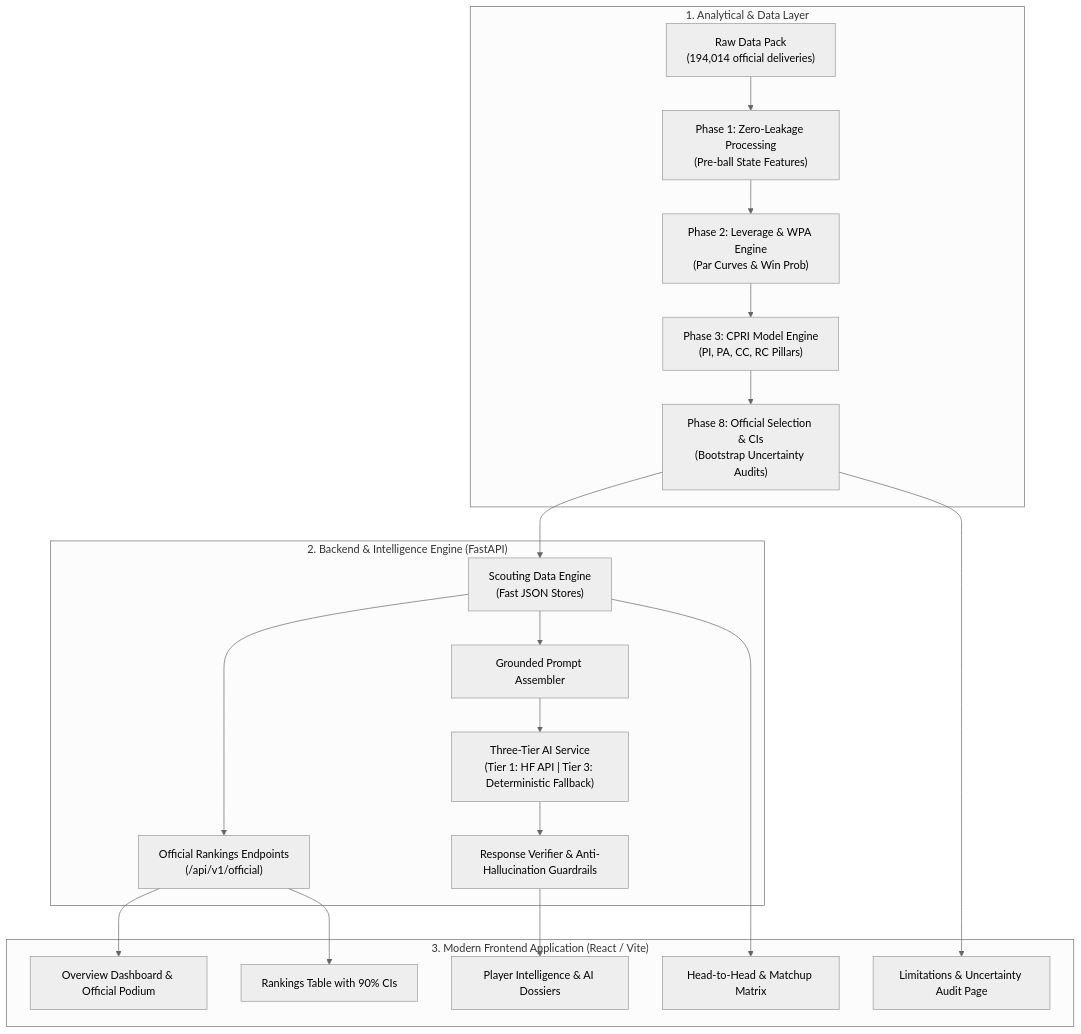
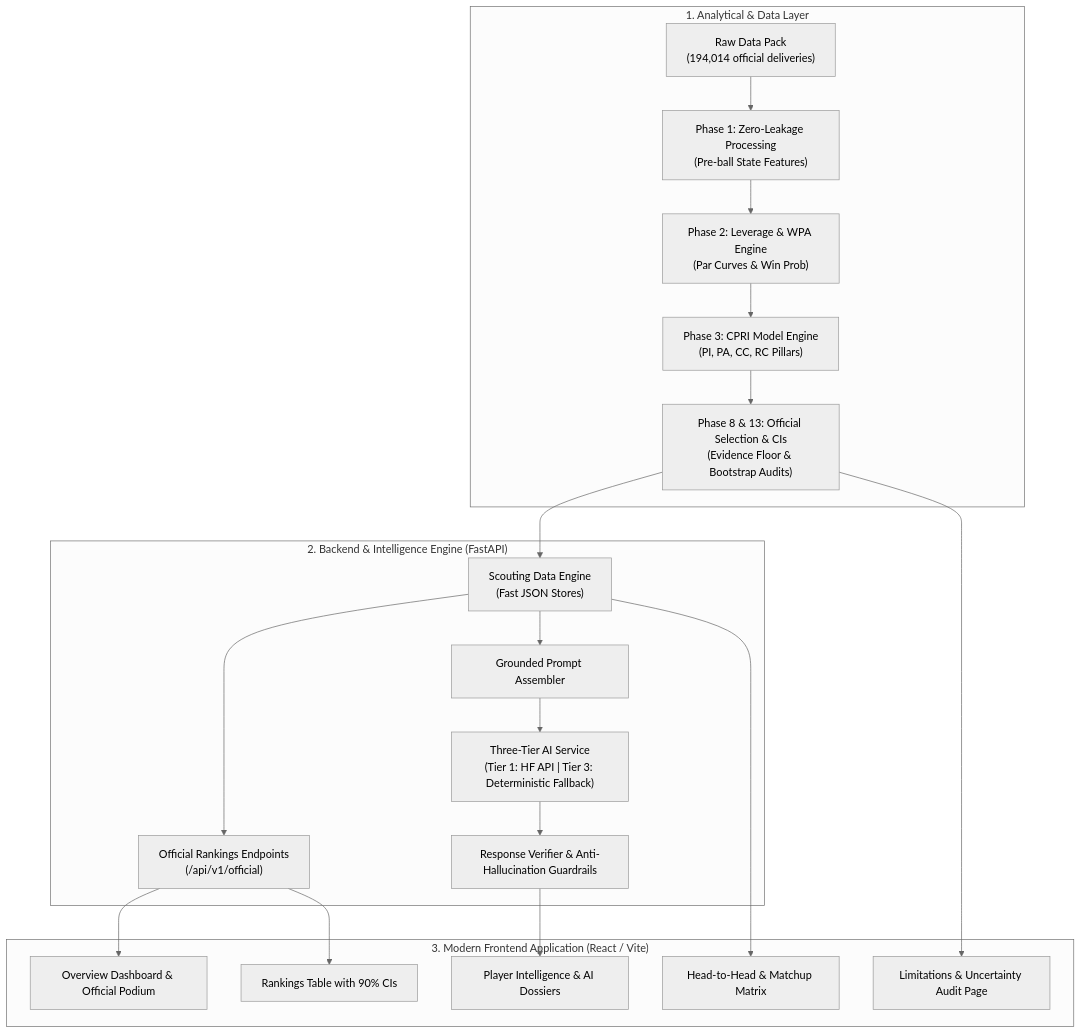
The diagram in README.md (CodePraneesh/SuperRR), drawn with Mermaid (neutral theme) before and after one commit. The commit also changed other lines of this file, not shown here.

Commit message:
docs: align README with Phase 13 official selection and clean-clone verification

````diff
--- a/README.md
+++ b/README.md
@@ -87,25 +87,25 @@
 ```mermaid
 flowchart TD
     subgraph DataEngine["1. Analytical & Data Layer"]
         A["Raw Data Pack\n(194,014 official deliveries)"] --> B["Phase 1: Zero-Leakage Processing\n(Pre-ball State Features)"]
         B --> C["Phase 2: Leverage & WPA Engine\n(Par Curves & Win Prob)"]
         C --> D["Phase 3: CPRI Model Engine\n(PI, PA, CC, RC Pillars)"]
-        D --> E["Phase 8: Official Selection & CIs\n(Bootstrap Uncertainty Audits)"]
+        D --> E["Phase 8 & 13: Official Selection & CIs\n(Evidence Floor & Bootstrap Audits)"]
     end
 
     subgraph ServiceEngine["2. Backend & Intelligence Engine (FastAPI)"]
         E --> F["Scouting Data Engine\n(Fast JSON Stores)"]
         F --> G["Official Rankings Endpoints\n(/api/v1/official)"]
         F --> H["Grounded Prompt Assembler"]
         H --> I["Three-Tier AI Service\n(Tier 1: HF API | Tier 3: Deterministic Fallback)"]
         I --> J["Response Verifier & Anti-Hallucination Guardrails"]
     end
 
     subgraph UserInterface["3. Modern Frontend Application (React / Vite)"]
         G --> K["Overview Dashboard & Official Podium"]
         G --> L["Rankings Table with 90% CIs"]
         J --> M["Player Intelligence & AI Dossiers"]
         F --> N["Head-to-Head & Matchup Matrix"]
         E --> O["Limitations & Uncertainty Audit Page"]
     end
 ```
````
